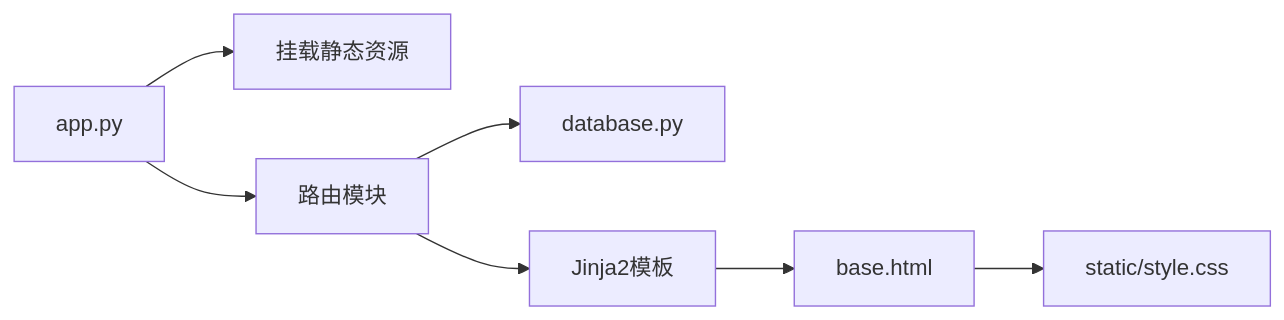
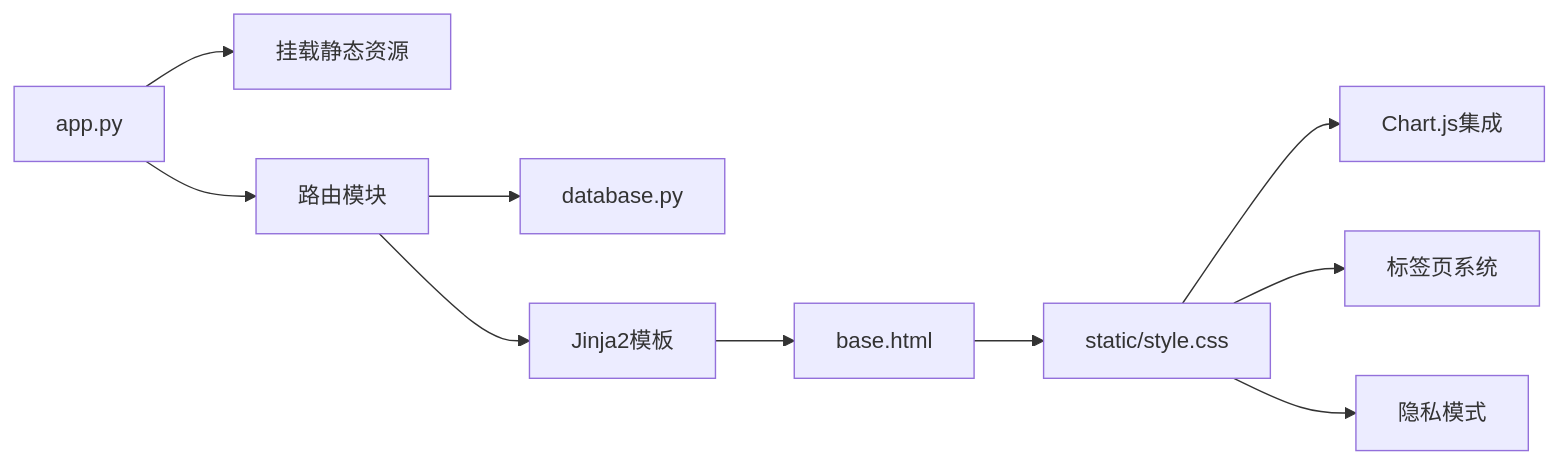
Before and after one commit to macrohuang/invest-log: the seventh of 7 diagrams in .qoder/repowiki/zh/content/前端模板系统/前端模板系统.md, drawn with Mermaid. The commit also changed other lines of this file and 11 other files, not shown here.

````diff
--- a/.qoder/repowiki/zh/content/前端模板系统/前端模板系统.md
+++ b/.qoder/repowiki/zh/content/前端模板系统/前端模板系统.md
@@ -323,9 +474,12 @@
 ```mermaid
 graph LR
 App["app.py"] --> Mount["挂载静态资源"]
 App --> Routers["路由模块"]
 Routers --> DB["database.py"]
 Routers --> Templates["Jinja2模板"]
 Templates --> Base["base.html"]
 Base --> Styles["static/style.css"]
+Styles --> Charts["Chart.js集成"]
+Styles --> Tabs["标签页系统"]
+Styles --> Privacy["隐私模式"]
 ```
````
